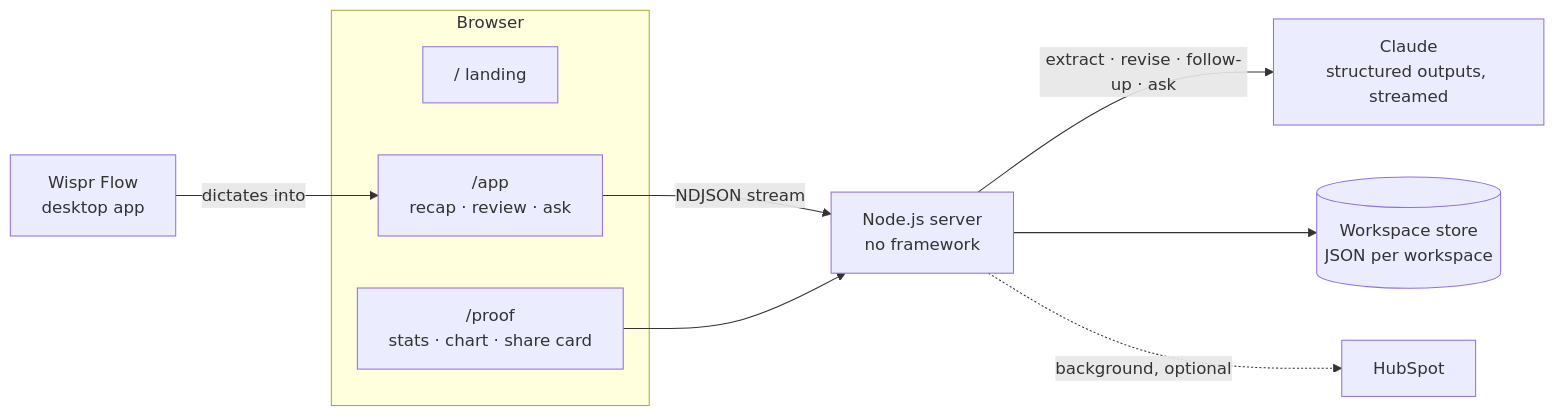
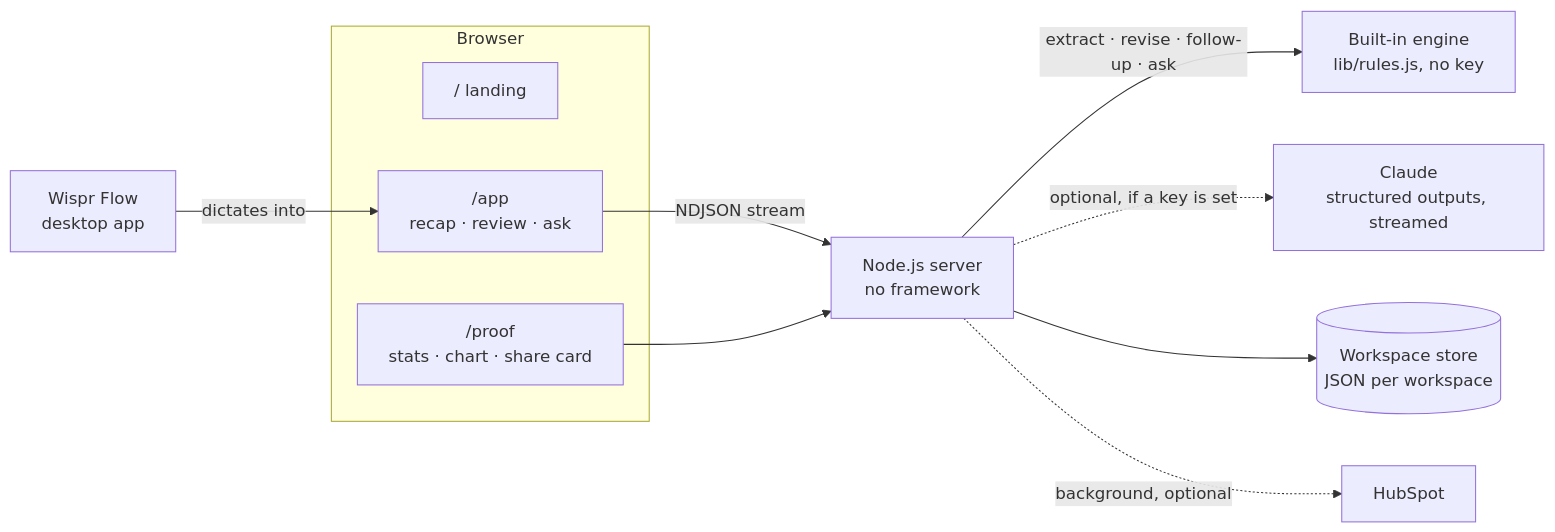
The diagram in README.md (Utkarsh2730/sayso), drawn with Mermaid before and after one commit. The commit also changed other lines of this file and 30 other files, not shown here.

````diff
--- a/README.md
+++ b/README.md
@@ -115,14 +115,15 @@
 ```mermaid
 graph LR
   subgraph Browser
     L["/ landing"]
     A["/app<br/>recap · review · ask"]
     P["/proof<br/>stats · chart · share card"]
   end
   W[Wispr Flow<br/>desktop app] -->|dictates into| A
   A -->|NDJSON stream| S[Node.js server<br/>no framework]
   P --> S
-  S -->|extract · revise · follow-up · ask| C[Claude<br/>structured outputs, streamed]
+  S -->|extract · revise · follow-up · ask| R[Built-in engine<br/>lib/rules.js, no key]
+  S -.->|optional, if a key is set| C[Claude<br/>structured outputs, streamed]
   S --> D[(Workspace store<br/>JSON per workspace)]
   S -.->|background, optional| H[HubSpot]
 ```
````
